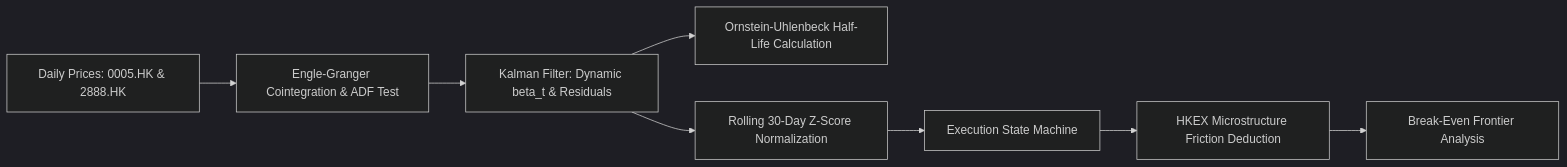
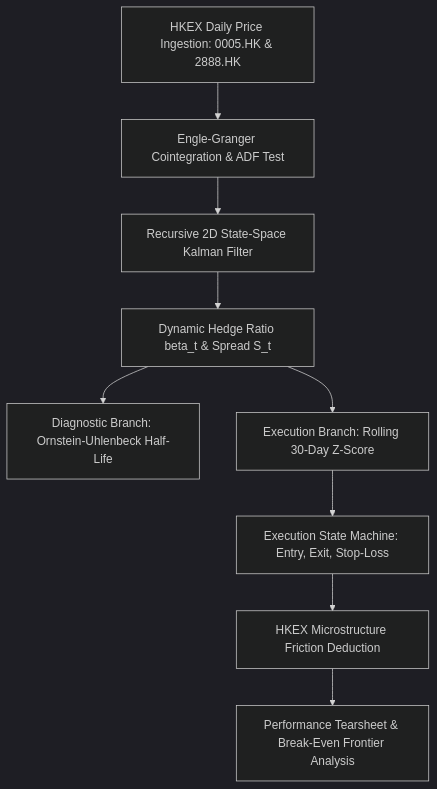
The diagram in README.md (sanaprabhakar/hkex-stat-arb), drawn with Mermaid (dark theme) before and after one commit. The commit also changed other lines of this file, not shown here.

````diff
--- a/README.md
+++ b/README.md
@@ -22,10 +22,11 @@
 ```mermaid
-flowchart LR
-    A[Daily Prices: 0005.HK & 2888.HK] --> B[Engle-Granger Cointegration & ADF Test]
-    B --> C[Kalman Filter: Dynamic beta_t & Residuals]
-    C --> D[Ornstein-Uhlenbeck Half-Life Calculation]
-    C --> E[Rolling 30-Day Z-Score Normalization]
-    E --> F[Execution State Machine]
-    F --> G[HKEX Microstructure Friction Deduction]
-    G --> H[Break-Even Frontier Analysis]
+flowchart TD
+    A[HKEX Daily Price Ingestion: 0005.HK & 2888.HK] --> B[Engle-Granger Cointegration & ADF Test]
+    B --> C[Recursive 2D State-Space Kalman Filter]
+    C --> D[Dynamic Hedge Ratio beta_t & Spread S_t]
+    D --> E[Diagnostic Branch: Ornstein-Uhlenbeck Half-Life]
+    D --> F[Execution Branch: Rolling 30-Day Z-Score]
+    F --> G[Execution State Machine: Entry, Exit, Stop-Loss]
+    G --> H[HKEX Microstructure Friction Deduction]
+    H --> I[Performance Tearsheet & Break-Even Frontier Analysis]
 ```
````
